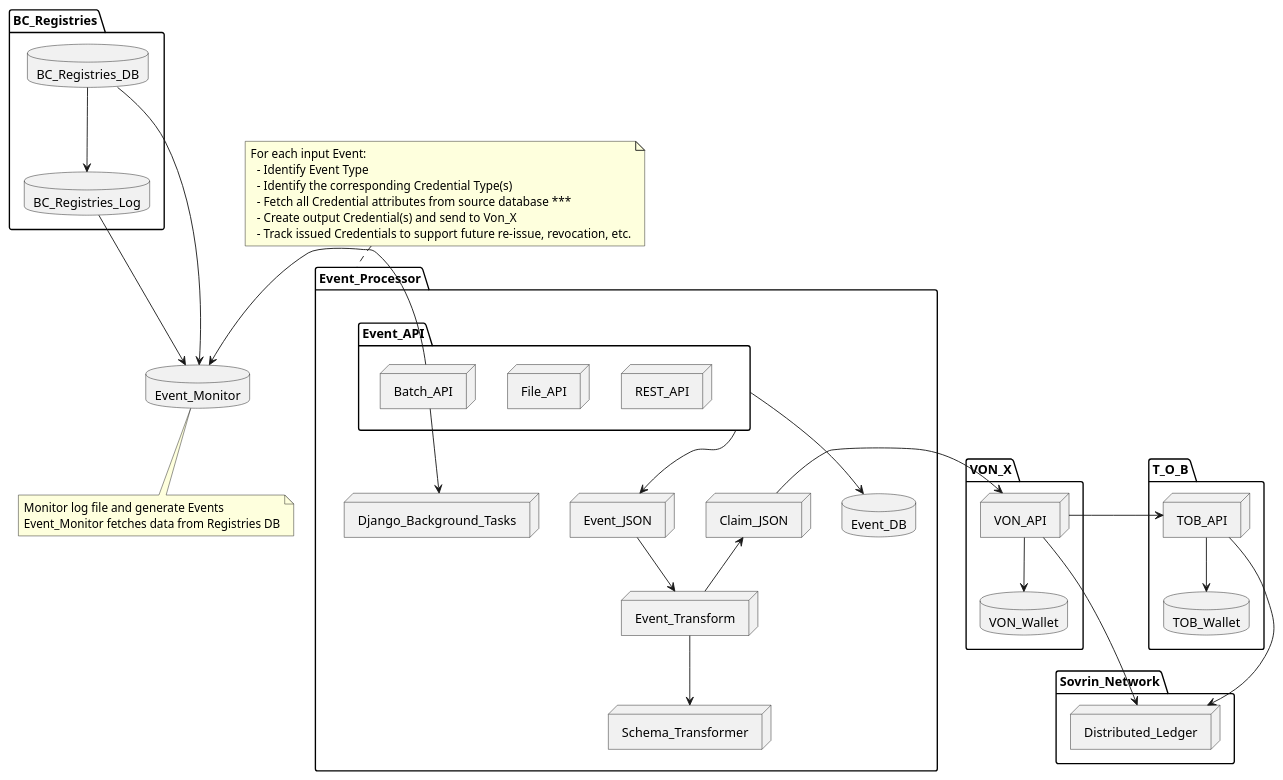
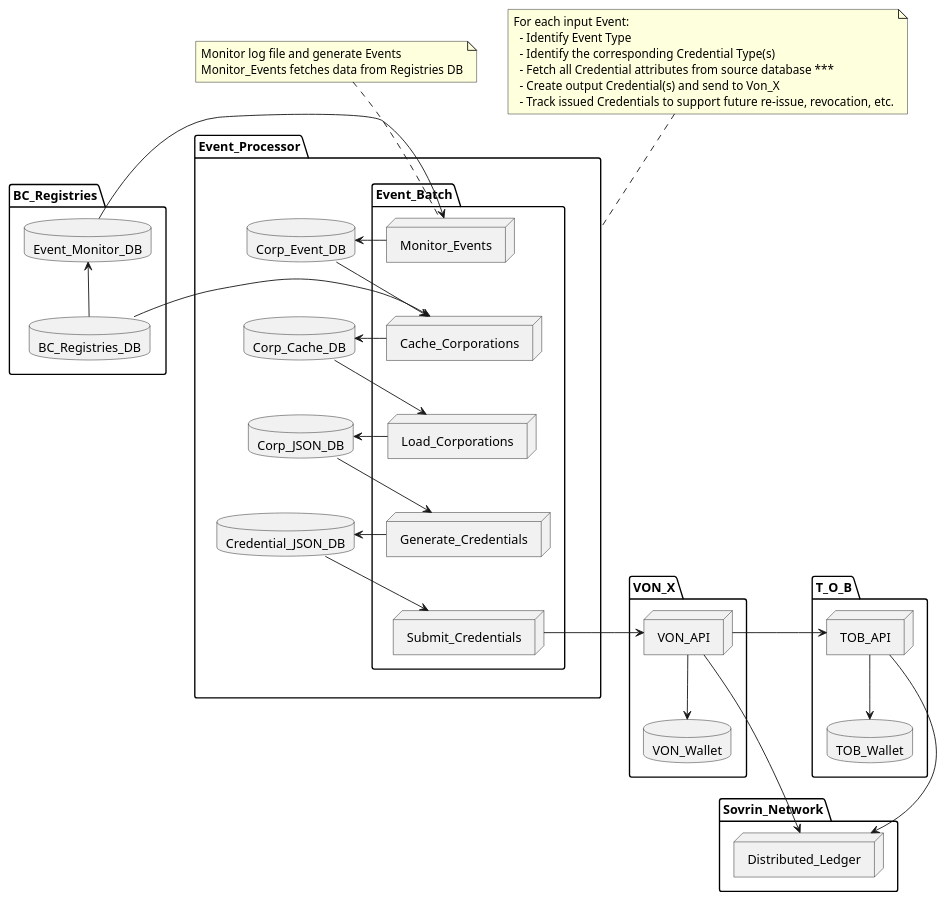
One commit to bcgov/von-bc-registries-agent changed the diagram in doc/Event-Processor.puml. Above: the diagram before and after it, drawn with PlantUML. The commit also changed 2 other files, not shown here.

```diff
--- a/doc/Event-Processor.puml
+++ b/doc/Event-Processor.puml
@@ -1,83 +1,89 @@
 @startuml
 
 folder BC_Registries {
   database BC_Registries_DB
-  database BC_Registries_Log
+  database Event_Monitor_DB
 }
 
-database Event_Monitor
+BC_Registries_DB -up-> Event_Monitor_DB
 
-BC_Registries_DB -down-> BC_Registries_Log
-BC_Registries_Log -down-> Event_Monitor
-BC_Registries_DB -down-> Event_Monitor
+folder Event_Processor {
+  folder Event_Batch {
+    node Monitor_Events
+    node Cache_Corporations
+    node Load_Corporations
+    node Generate_Credentials
+    node Submit_Credentials
+  }
 
-note bottom of Event_Monitor
+  Monitor_Events -[hidden]down-> Cache_Corporations
+  Cache_Corporations -[hidden]down-> Load_Corporations
+  Load_Corporations -[hidden]down-> Generate_Credentials
+  Generate_Credentials -[hidden]down-> Submit_Credentials
+
+  database Corp_Event_DB
+  database Corp_Cache_DB
+  database Corp_JSON_DB
+  database Credential_JSON_DB
+
+  Corp_Event_DB -[hidden]down-> Corp_Cache_DB
+  Corp_Cache_DB -[hidden]down-> Corp_JSON_DB
+  Corp_JSON_DB -[hidden]down-> Credential_JSON_DB
+}
+
+note top of Monitor_Events
 Monitor log file and generate Events
-Event_Monitor fetches data from Registries DB
+Monitor_Events fetches data from Registries DB
 end note
 
-folder Event_Processor {
-  folder Event_API {
-    node REST_API
-    node File_API
-    node Batch_API
-  }
+Event_Monitor_DB -right-> Monitor_Events
+Monitor_Events -right-> Corp_Event_DB
 
-  REST_API -[hidden]left-> File_API
-  File_API -[hidden]left-> Batch_API
+Corp_Event_DB --> Cache_Corporations
+BC_Registries_DB -right-> Cache_Corporations
+Cache_Corporations -right-> Corp_Cache_DB
 
-  node Event_JSON
-  node Event_Transform
-  node Claim_JSON
-  node Django_Background_Tasks
-  node Schema_Transformer
-  database Event_DB
-}
+Corp_Cache_DB --> Load_Corporations
+Load_Corporations -right-> Corp_JSON_DB
 
-Event_Transform -down-> Schema_Transformer
-Event_API -down-> Event_DB
-Batch_API --> Django_Background_Tasks
-Batch_API -left-> Event_Monitor
+Corp_JSON_DB --> Generate_Credentials
+Generate_Credentials -right-> Credential_JSON_DB
 
 folder VON_X {
   node VON_API
   database VON_Wallet
 }
+
+Credential_JSON_DB --> Submit_Credentials
+Submit_Credentials -right-> VON_API
 
 note top of Event_Processor
 For each input Event:
   - Identify Event Type
   - Identify the corresponding Credential Type(s)
   - Fetch all Credential attributes from source database ***
   - Create output Credential(s) and send to Von_X
   - Track issued Credentials to support future re-issue, revocation, etc.
 end note
 
 
 VON_API -down-> VON_Wallet
 
 folder T_O_B {
   node TOB_API
   database TOB_Wallet
 }
 
 TOB_API -down-> TOB_Wallet
 
-Event_Monitor -[hidden]right-> REST_API
-Event_API -down-> Event_JSON
-Event_JSON -down-> Event_Transform
-Event_Transform -up-> Claim_JSON
-Event_JSON -[hidden]right-> Claim_JSON
-Claim_JSON -right-> VON_API
-
 folder Sovrin_Network {
   node Distributed_Ledger
 }
 
 VON_API -down-> Distributed_Ledger
 VON_API -right-> TOB_API
 TOB_API -down-> Distributed_Ledger
 VON_Wallet -[hidden]down-> Distributed_Ledger
 TOB_Wallet -[hidden]down-> Distributed_Ledger
 
 @enduml
```
